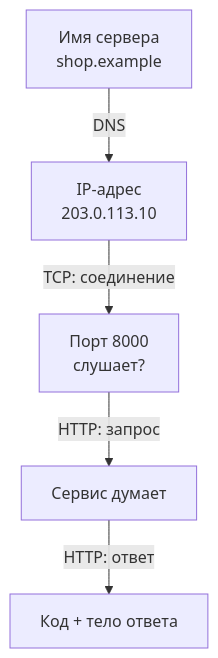
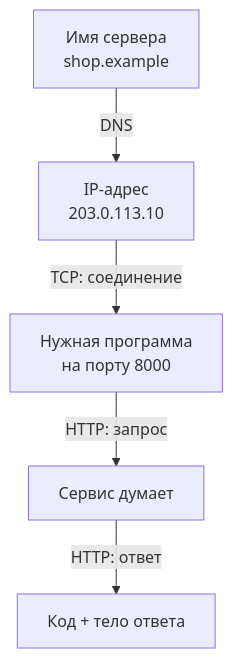
One commit to distinguished-sre/load-tester changed the first of 3 diagrams in 01-linux/04-network-cli.md. Above: the diagram before and after it, drawn with Mermaid. The commit also changed other lines of this file and 4 other files, not shown here.

````diff
--- a/01-linux/04-network-cli.md
+++ b/01-linux/04-network-cli.md
@@ -30,7 +32,7 @@
 ```mermaid
 flowchart TD
     A["Имя сервера<br/>shop.example"] -->|DNS| B["IP-адрес<br/>203.0.113.10"]
-    B -->|TCP: соединение| C["Порт 8000<br/>слушает?"]
+    B -->|TCP: соединение| C["Нужная программа<br/>на порту 8000"]
     C -->|HTTP: запрос| D["Сервис думает"]
     D -->|HTTP: ответ| E["Код + тело ответа"]
 ```
````
